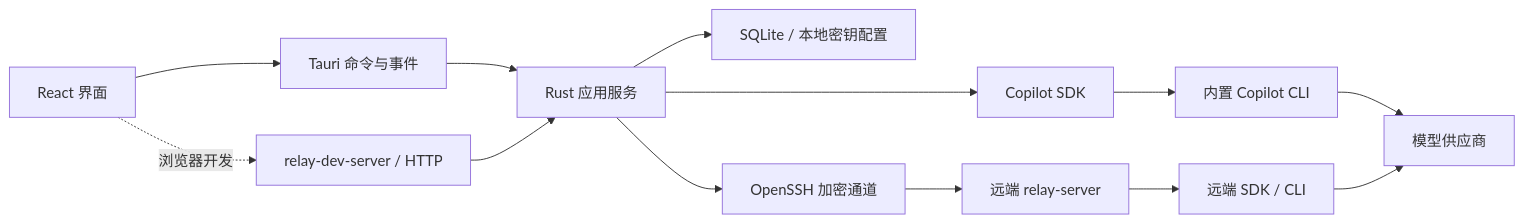
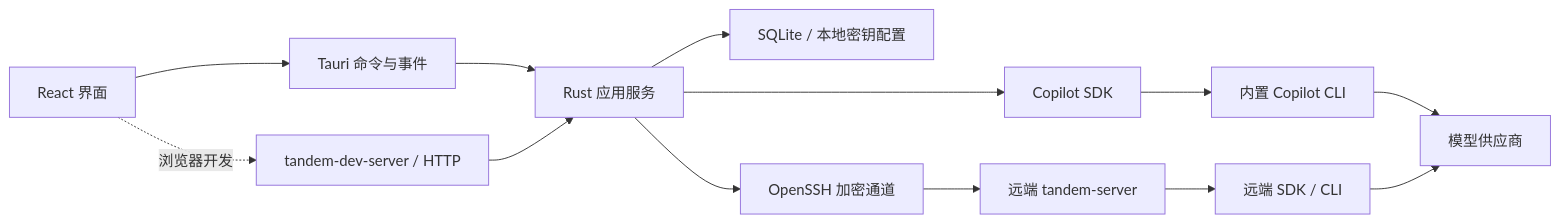
The diagram in docs/architecture.md (caibirdme/Tandem), drawn with Mermaid before and after one commit. The commit also changed other lines of this file and 153 other files, not shown here.

First line of the commit message:
Rename Relay to Tandem and preserve existing application data

````diff
--- a/docs/architecture.md
+++ b/docs/architecture.md
@@ -7,15 +7,15 @@
 ```mermaid
 flowchart LR
   UI[React 界面] --> IPC[Tauri 命令与事件]
   IPC --> Core[Rust 应用服务]
-  UI -. 浏览器开发 .-> Dev[relay-dev-server / HTTP]
+  UI -. 浏览器开发 .-> Dev[tandem-dev-server / HTTP]
   Dev --> Core
   Core --> Store[SQLite / 本地密钥配置]
   Core --> SDK[Copilot SDK]
   SDK --> CLI[内置 Copilot CLI]
   Core --> SSH[OpenSSH 加密通道]
-  SSH --> Remote[远端 relay-server]
+  SSH --> Remote[远端 tandem-server]
   Remote --> RemoteSDK[远端 SDK / CLI]
   CLI --> Provider[模型供应商]
   RemoteSDK --> Provider
 ```
````
